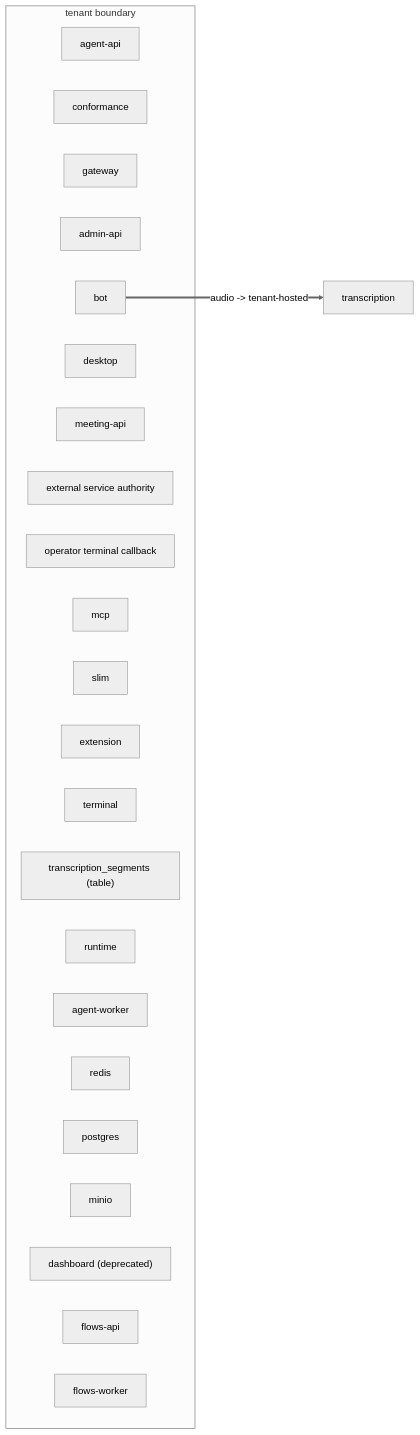
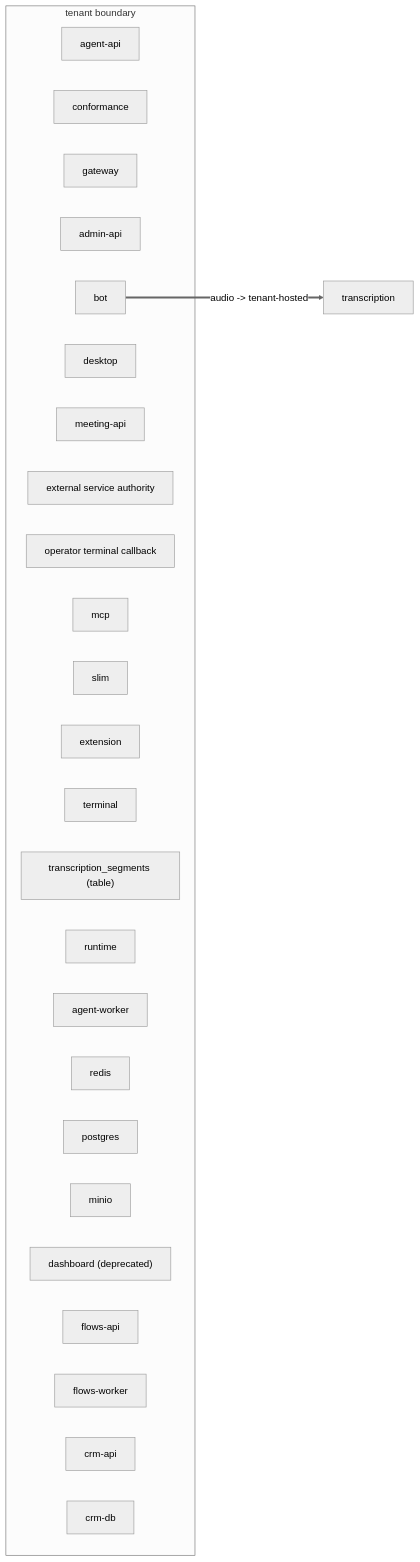
One commit to Vexa-ai/vexa changed the diagram in docs/views/egress.mmd. Above: the diagram before and after it, drawn with Mermaid (neutral theme). The commit also changed 59 other files, not shown here.

```diff
--- a/docs/views/egress.mmd
+++ b/docs/views/egress.mmd
@@ -1,28 +1,30 @@
 %% GENERATED — pnpm arch:dsl --write
 flowchart LR
   subgraph tenant["tenant boundary"]
     agent_api["agent-api"]
     conformance["conformance"]
     gateway["gateway"]
     admin_api["admin-api"]
     bot["bot"]
     desktop["desktop"]
     meeting_api["meeting-api"]
     service_authority["external service authority"]
     system_webhook["operator terminal callback"]
     mcp["mcp"]
     slim["slim"]
     extension["extension"]
     terminal["terminal"]
     segments_table["transcription_segments (table)"]
     runtime["runtime"]
     agent_worker["agent-worker"]
     redis["redis"]
     postgres["postgres"]
     minio["minio"]
     dashboard["dashboard (deprecated)"]
     flows_api["flows-api"]
     flows_worker["flows-worker"]
+    crm_api["crm-api"]
+    crm_db["crm-db"]
   end
   transcription["transcription"]
   bot ==>|"audio -> tenant-hosted"| transcription
```
